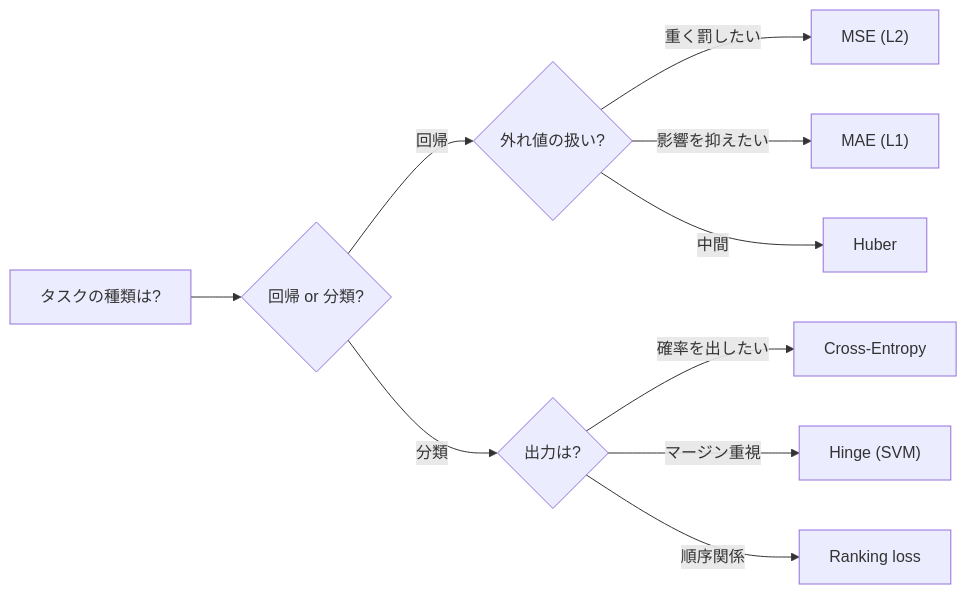
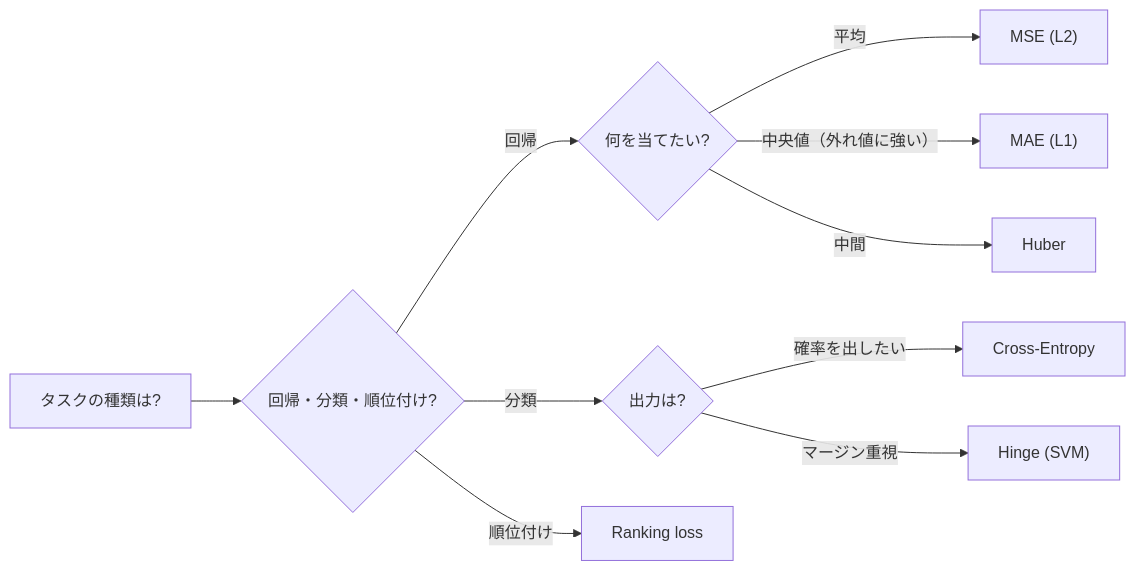
Before and after one commit to nao1215/debimate: the diagram in projects/ml/notes/ml/loss-functions/index.md, drawn with Mermaid. The commit also changed other lines of this file, not shown here.

Commit message:
docs(ml): fix factual errors in the loss-functions note found by a blind read
Claude-Session: https://claude.ai/code/session_01YUxqecMZen2uvfTdKQk7zM

````diff
--- a/projects/ml/notes/ml/loss-functions/index.md
+++ b/projects/ml/notes/ml/loss-functions/index.md
@@ -27,12 +27,12 @@
 ```mermaid
 flowchart LR
-    A["タスクの種類は?"] --> B{"回帰 or 分類?"}
-    B -->|"回帰"| C{"外れ値の扱い?"}
+    A["タスクの種類は?"] --> B{"回帰・分類・順位付け?"}
+    B -->|"回帰"| C{"何を当てたい?"}
     B -->|"分類"| D{"出力は?"}
-    C -->|"重く罰したい"| C1["MSE (L2)"]
-    C -->|"影響を抑えたい"| C2["MAE (L1)"]
+    B -->|"順位付け"| D3["Ranking loss"]
+    C -->|"平均"| C1["MSE (L2)"]
+    C -->|"中央値（外れ値に強い）"| C2["MAE (L1)"]
     C -->|"中間"| C3["Huber"]
     D -->|"確率を出したい"| D1["Cross-Entropy"]
     D -->|"マージン重視"| D2["Hinge (SVM)"]
-    D -->|"順序関係"| D3["Ranking loss"]
 ```
````
